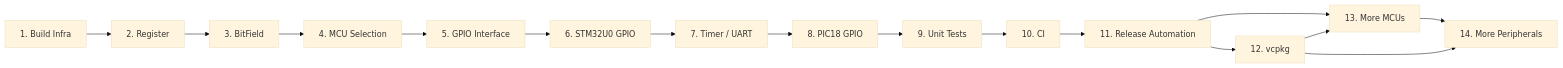
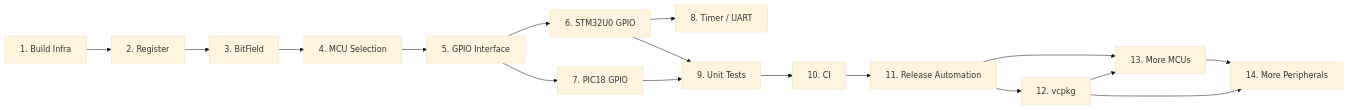
Before and after one commit to grahame-org/ohal: the fourth of 13 diagrams in docs/plan.md, drawn with Mermaid (base theme). The commit also changed other lines of this file and 3 other files, not shown here.

First line of the commit message:
Resequence steps 7 and 8: PIC18 GPIO before Timer/UART to validate cross-platform first

````diff
--- a/docs/plan.md
+++ b/docs/plan.md
@@ -335,18 +335,19 @@
 ```mermaid
 graph LR
     S1[1. Build Infra] --> S2[2. Register]
     S2 --> S3[3. BitField]
     S3 --> S4[4. MCU Selection]
     S4 --> S5[5. GPIO Interface]
     S5 --> S6[6. STM32U0 GPIO]
-    S6 --> S7[7. Timer / UART]
-    S7 --> S8[8. PIC18 GPIO]
-    S8 --> S9[9. Unit Tests]
+    S5 --> S7[7. PIC18 GPIO]
+    S6 --> S8[8. Timer / UART]
+    S6 --> S9[9. Unit Tests]
+    S7 --> S9
     S9 --> S10[10. CI]
     S10 --> S11[11. Release Automation]
     S11 --> S12[12. vcpkg]
     S11 --> S13[13. More MCUs]
     S12 --> S13
     S13 --> S14[14. More Peripherals]
     S12 --> S14
 ```
````
